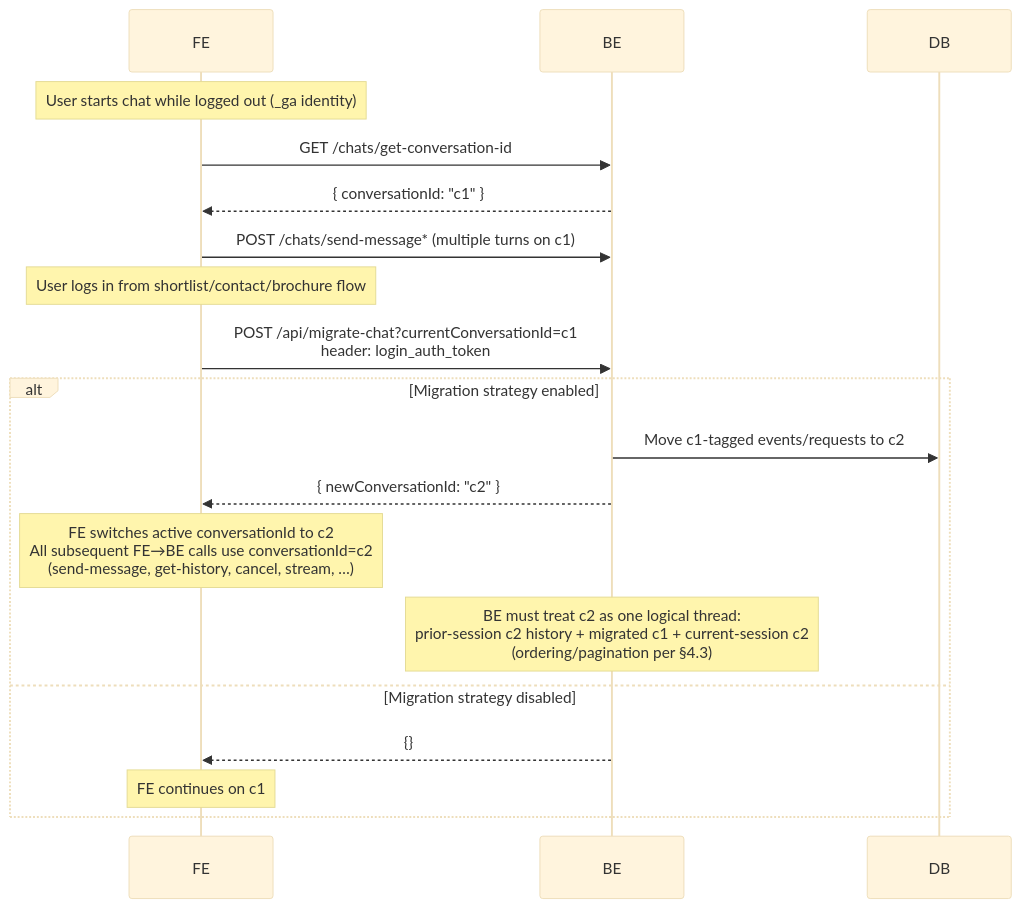
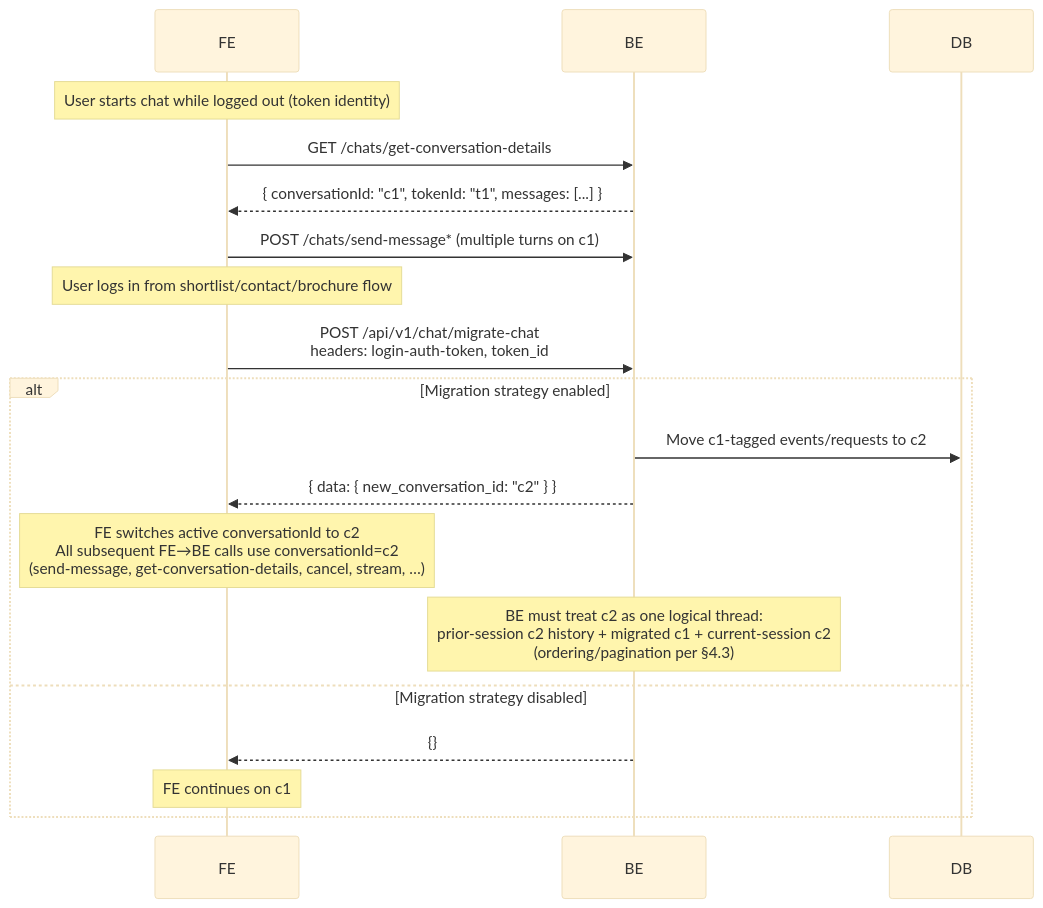
The fifth of 6 diagrams in chat_v1.md (sachin-hg/chat-demo), drawn with Mermaid (base theme) before and after one commit. The commit also changed other lines of this file and 2 other files, not shown here.

````diff
--- a/chat_v1.md
+++ b/chat_v1.md
@@ -630,23 +627,23 @@
 ```mermaid
 sequenceDiagram
     participant FE
     participant BE
     participant DB
 
-    Note over FE: User starts chat while logged out (_ga identity)
-    FE->>BE: GET /chats/get-conversation-id
-    BE-->>FE: { conversationId: "c1" }
+    Note over FE: User starts chat while logged out (token identity)
+    FE->>BE: GET /chats/get-conversation-details
+    BE-->>FE: { conversationId: "c1", tokenId: "t1", messages: [...] }
     FE->>BE: POST /chats/send-message* (multiple turns on c1)
 
     Note over FE: User logs in from shortlist/contact/brochure flow
-    FE->>BE: POST /api/migrate-chat?currentConversationId=c1<br/>header: login_auth_token
+    FE->>BE: POST /api/v1/chat/migrate-chat<br/>headers: login-auth-token, token_id
     alt Migration strategy enabled
       BE->>DB: Move c1-tagged events/requests to c2
-      BE-->>FE: { newConversationId: "c2" }
-      Note over FE: FE switches active conversationId to c2<br/>All subsequent FE→BE calls use conversationId=c2<br/>(send-message, get-history, cancel, stream, …)
+      BE-->>FE: { data: { new_conversation_id: "c2" } }
+      Note over FE: FE switches active conversationId to c2<br/>All subsequent FE→BE calls use conversationId=c2<br/>(send-message, get-conversation-details, cancel, stream, …)
       Note over BE: BE must treat c2 as one logical thread:<br/>prior-session c2 history + migrated c1 + current-session c2<br/>(ordering/pagination per §4.3)
     else Migration strategy disabled
       BE-->>FE: {}
       Note over FE: FE continues on c1
     end
 ```
````
